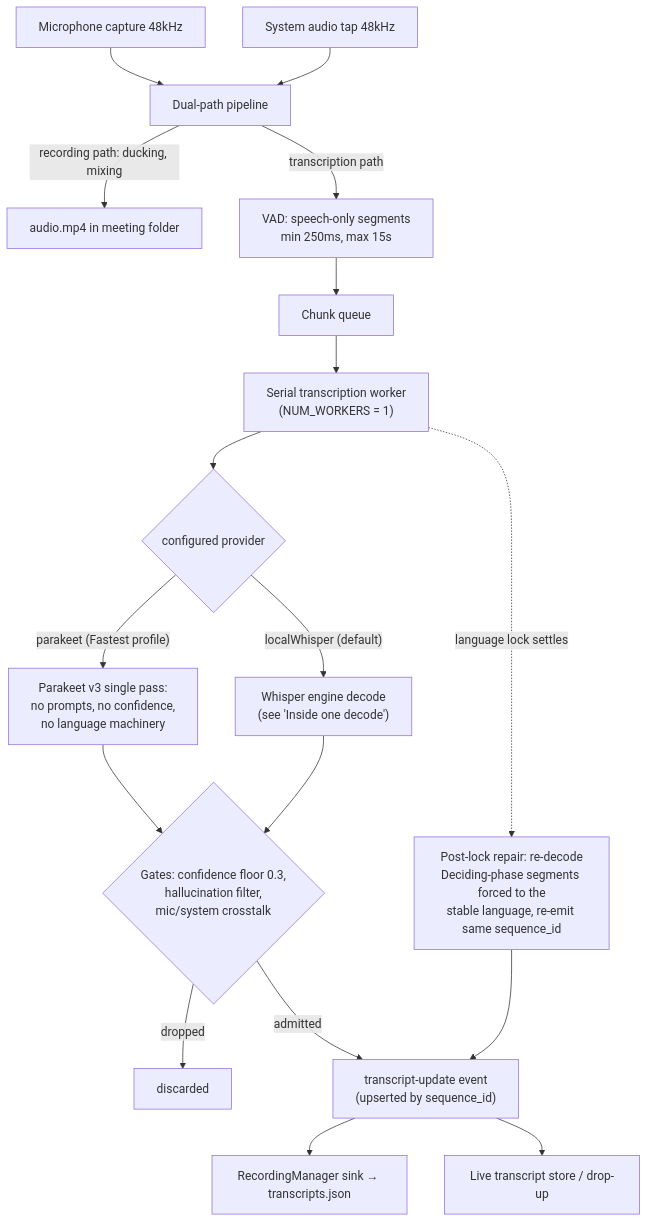
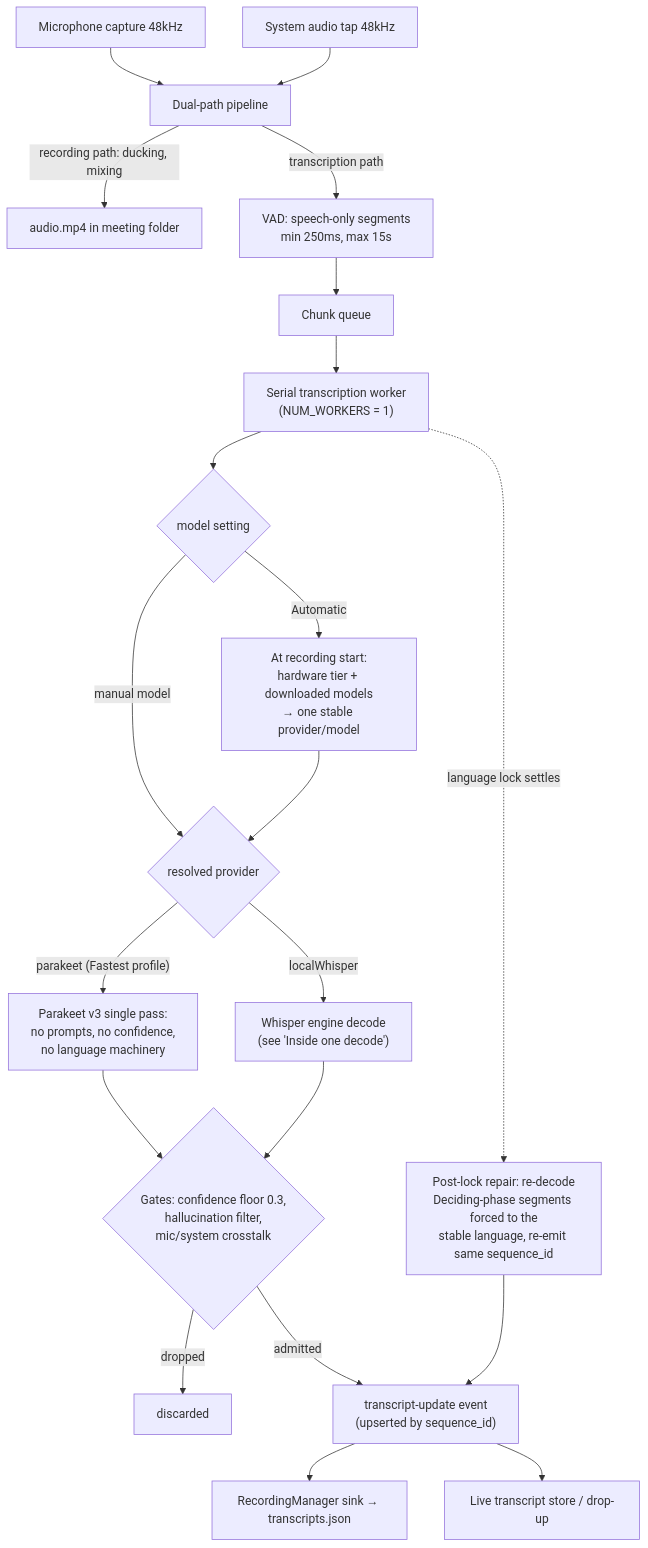
Before and after one commit to afonsojramos/muesly: the first of 5 diagrams in docs/transcription-flows.md, drawn with Mermaid. The commit also changed other lines of this file and 20 other files, not shown here.

Commit message:
feat(transcription): add automatic model selection

````diff
--- a/docs/transcription-flows.md
+++ b/docs/transcription-flows.md
@@ -18,19 +19,22 @@
 ```mermaid
 flowchart TD
     MIC["Microphone capture 48kHz"] --> SPLIT["Dual-path pipeline"]
     SYS["System audio tap 48kHz"] --> SPLIT
     SPLIT -->|"recording path: ducking, mixing"| FILE["audio.mp4 in meeting folder"]
     SPLIT -->|"transcription path"| VAD["VAD: speech-only segments<br/>min 250ms, max 15s"]
     VAD --> QUEUE["Chunk queue"] --> WORKER["Serial transcription worker<br/>(NUM_WORKERS = 1)"]
-    WORKER --> PICK{"configured provider"}
-    PICK -->|"localWhisper (default)"| ENGINE["Whisper engine decode<br/>(see 'Inside one decode')"]
+    WORKER --> MODE{"model setting"}
+    MODE -->|"Automatic"| AUTO["At recording start:<br/>hardware tier + downloaded models<br/>→ one stable provider/model"]
+    MODE -->|"manual model"| PICK{"resolved provider"}
+    AUTO --> PICK
+    PICK -->|"localWhisper"| ENGINE["Whisper engine decode<br/>(see 'Inside one decode')"]
     PICK -->|"parakeet (Fastest profile)"| PARA["Parakeet v3 single pass:<br/>no prompts, no confidence,<br/>no language machinery"]
     PARA --> GATES
     ENGINE --> GATES{"Gates: confidence floor 0.3,<br/>hallucination filter,<br/>mic/system crosstalk"}
     GATES -->|"dropped"| X1["discarded"]
     GATES -->|"admitted"| EMIT["transcript-update event<br/>(upserted by sequence_id)"]
     EMIT --> SINK["RecordingManager sink → transcripts.json"]
     EMIT --> UI["Live transcript store / drop-up"]
     WORKER -.->|"language lock settles"| REPAIR["Post-lock repair: re-decode<br/>Deciding-phase segments forced to the<br/>stable language, re-emit same sequence_id"]
     REPAIR --> EMIT
 ```
````
